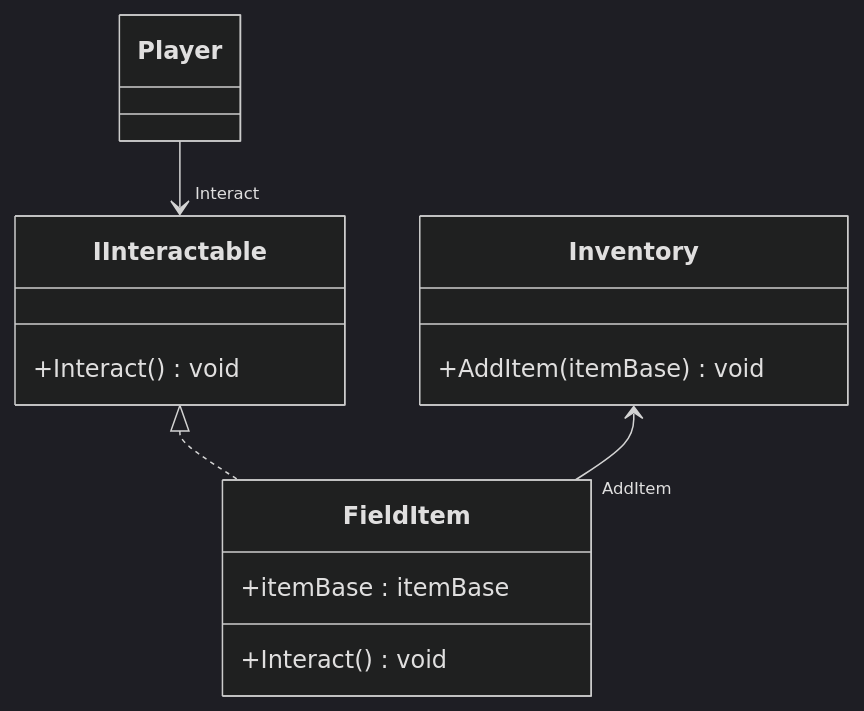
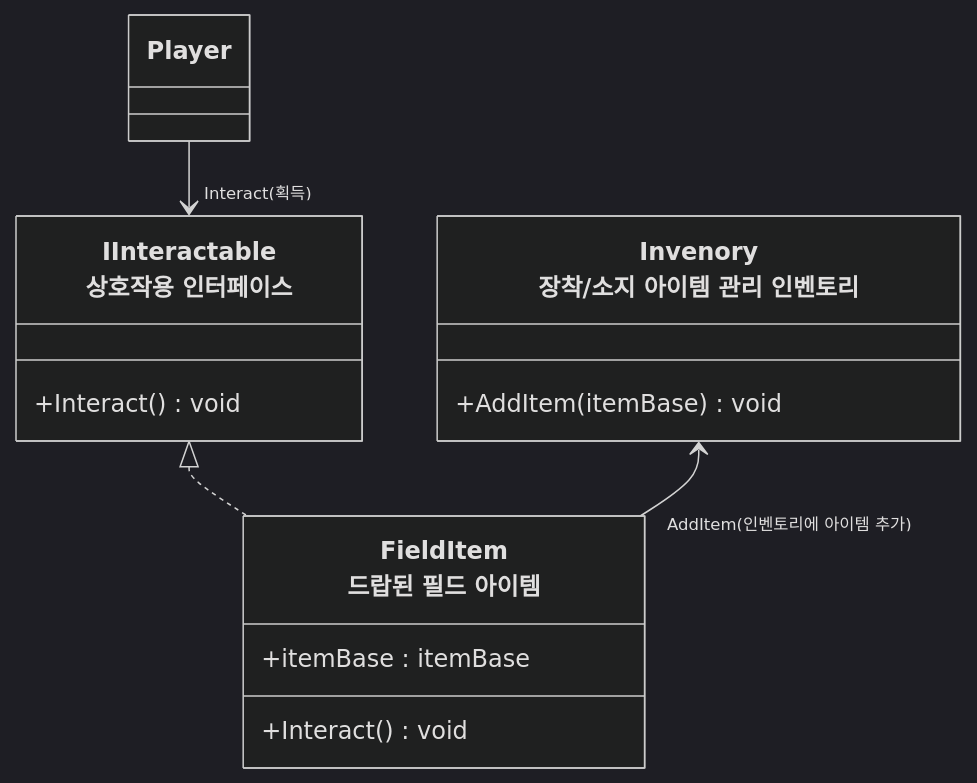
The second of 2 diagrams in README/인벤토리_설계.md (JIN5EOK/DungeonShooter), drawn with Mermaid (dark theme) before and after one commit. The commit also changed other lines of this file, not shown here.

Commit message:
docs: 인벤토리 설계 문서 수정중

````diff
--- a/README/인벤토리_설계.md
+++ b/README/인벤토리_설계.md
@@ -95,19 +81,19 @@
 ```mermaid
 classDiagram
-    Player --> "Interact" IInteractable
+    Player --> "Interact(획득)" IInteractable
     IInteractable <|.. FieldItem
-    Inventory <-- "AddItem" FieldItem
+    Inventory <-- "AddItem(인벤토리에 아이템 추가)" FieldItem
 
-    class Inventory{
+    class Inventory["Invenory<br>장착/소지 아이템 관리 인벤토리"]{
         +AddItem(itemBase) void
     }
 
-    class IInteractable{
+    class IInteractable["IInteractable<br>상호작용 인터페이스"]{
         +Interact() void
     }
 
-    class FieldItem{
+    class FieldItem["FieldItem<br>드랍된 필드 아이템"]{
         +itemBase : itemBase
         +Interact() void
     }
 ```
````
